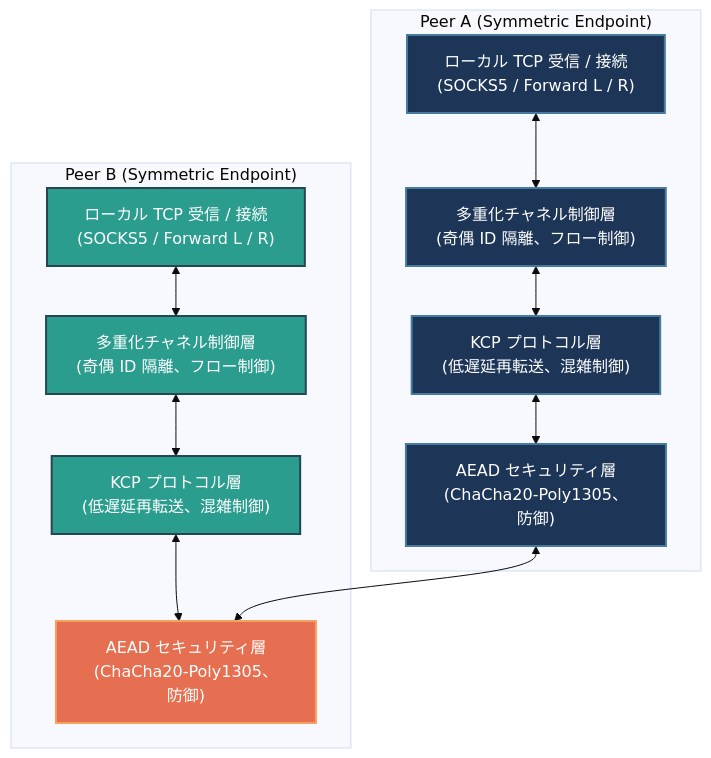
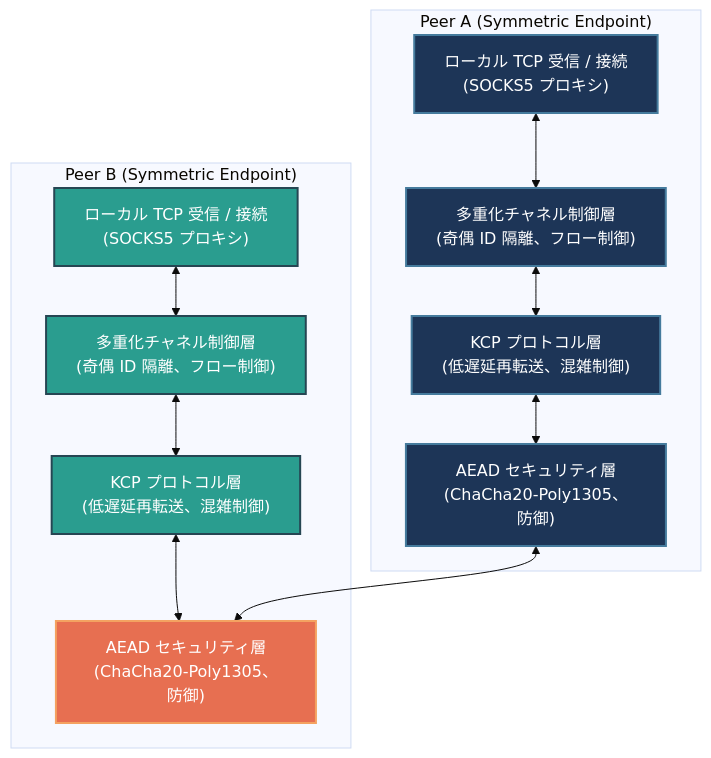
The first of 2 diagrams in docs/README.ja.md (potato-520/BiTun), drawn with Mermaid (base theme) before and after one commit. The commit also changed other lines of this file and 9 other files, not shown here.

````diff
--- a/docs/README.ja.md
+++ b/docs/README.ja.md
@@ -21,33 +21,33 @@
 ```mermaid
 flowchart TD
     %% 色彩スタイルの定義
     classDef peerA fill:#1d3557,stroke:#457b9d,stroke-width:2px,color:#fff;
     classDef peerB fill:#2a9d8f,stroke:#264653,stroke-width:2px,color:#fff;
     classDef network fill:#e76f51,stroke:#f4a261,stroke-width:2px,color:#fff;
     
     subgraph PeerA ["Peer A (Symmetric Endpoint)"]
-        A_TCP["ローカル TCP 受信 / 接続<br>(SOCKS5 / Forward L / R)"]:::peerA
+        A_TCP["ローカル TCP 受信 / 接続<br>(SOCKS5 プロキシ)"]:::peerA
         A_Mux["多重化チャネル制御層<br>(奇偶 ID 隔離、フロー制御)"]:::peerA
         A_KCP["KCP プロトコル層<br>(低遅延再転送、混雑制御)"]:::peerA
         A_AEAD["AEAD セキュリティ層<br>(ChaCha20-Poly1305、防御)"]:::peerA
     end
 
     subgraph PeerB ["Peer B (Symmetric Endpoint)"]
-        B_TCP["ローカル TCP 受信 / 接続<br>(SOCKS5 / Forward L / R)"]:::peerB
+        B_TCP["ローカル TCP 受信 / 接続<br>(SOCKS5 プロキシ)"]:::peerB
         B_Mux["多重化チャネル制御層<br>(奇偶 ID 隔離、フロー制御)"]:::peerB
         B_KCP["KCP プロトコル層<br>(低遅延再転送、混雑制御)"]:::peerB
         B_AEAD["AEAD セキュリティ層<br>(ChaCha20-Poly1305、防御)"]:::peerB
     end
 
     %% 内部レイヤー間のフロー
     A_TCP <--> A_Mux
     A_Mux <--> A_KCP
     A_KCP <--> A_AEAD
 
     B_TCP <--> B_Mux
     B_Mux <--> B_KCP
     B_KCP <--> B_AEAD
 
     %% ネットワーク転送
     A_AEAD <--> B_AEAD:::network
 ```
````
